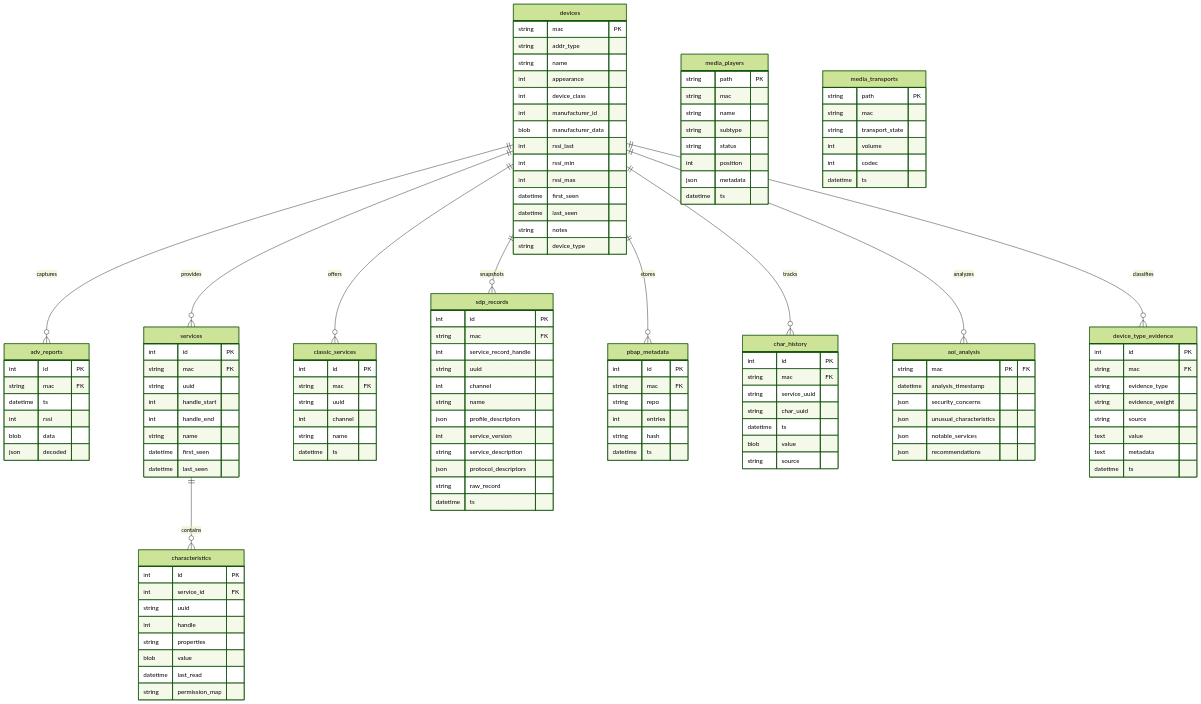
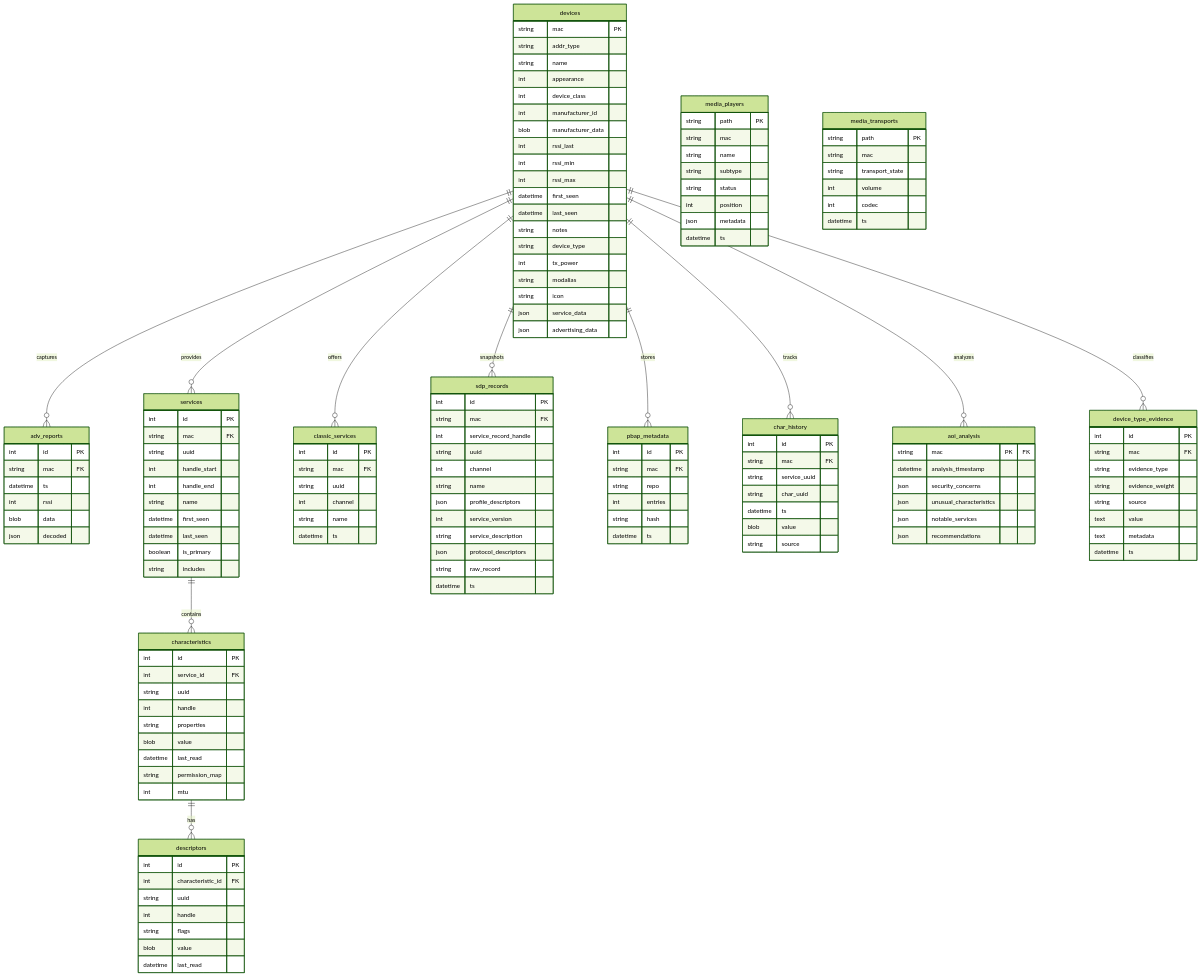
The diagram in bleep/docs/observation_db_schema.md (Mauddib28/bleep-tool), drawn with Mermaid (forest theme) before and after one commit. The commit also changed other lines of this file and 166 other files, not shown here.

````diff
--- a/bleep/docs/observation_db_schema.md
+++ b/bleep/docs/observation_db_schema.md
@@ -38,6 +41,11 @@
         datetime last_seen
         string notes
         string device_type
+        int tx_power
+        string modalias
+        string icon
+        json service_data
+        json advertising_data
     }
     
     adv_reports {
@@ -58,6 +66,8 @@
         string name
         datetime first_seen
         datetime last_seen
+        boolean is_primary
+        string includes
     }
     
     characteristics {
@@ -69,6 +79,17 @@
         blob value
         datetime last_read
         string permission_map
+        int mtu
+    }
+    
+    descriptors {
+        int id PK
+        int characteristic_id FK
+        string uuid
+        int handle
+        string flags
+        blob value
+        datetime last_read
     }
     
     classic_services {
@@ -163,4 +184,5 @@
     devices ||--o{ aoi_analysis : "analyzes"
     devices ||--o{ device_type_evidence : "classifies"
     services ||--o{ characteristics : "contains"
+    characteristics ||--o{ descriptors : "has"
 ```
````
